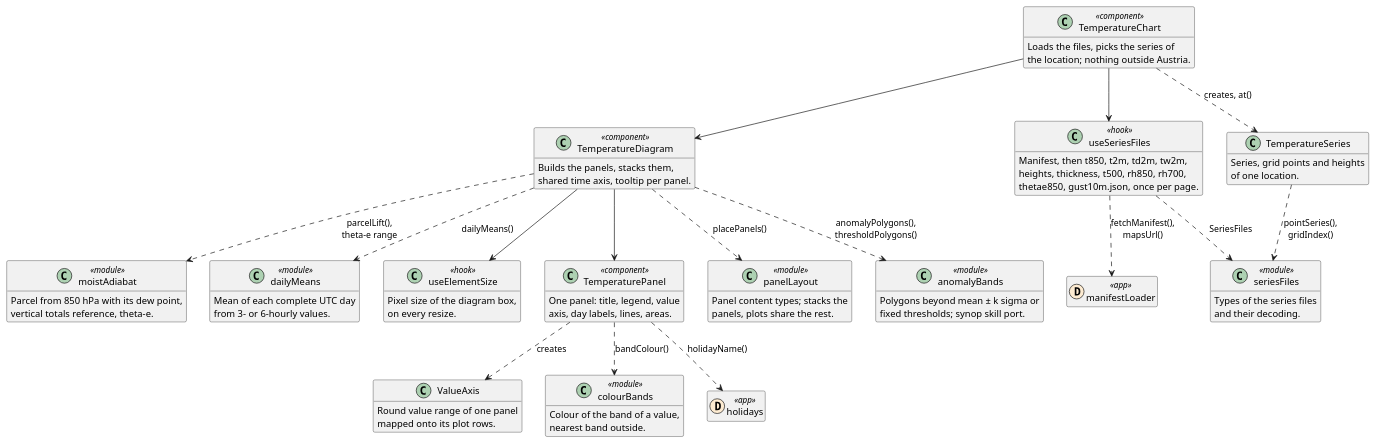
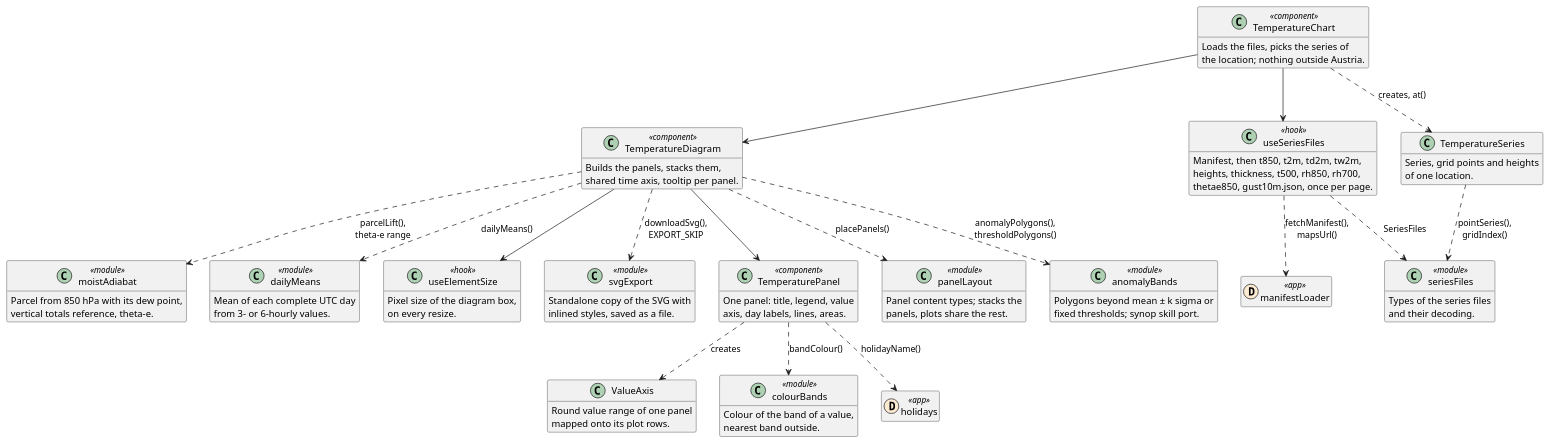
The second of 2 diagrams in REFERENCE.webapp.md (schletz/wetterkartenviewer), drawn with PlantUML before and after one commit. The commit also changed other lines of this file and 4 other files, not shown here.

Commit message:
Add an SVG download button to the temperature diagram

````diff
--- a/REFERENCE.webapp.md
+++ b/REFERENCE.webapp.md
@@ -168,75 +168,80 @@
 ```plantuml
 @startuml temperature
 hide empty members
 class TemperatureChart <<component>> {
  Loads the files, picks the series of
  the location; nothing outside Austria.
 }
 class TemperatureDiagram <<component>> {
  Builds the panels, stacks them,
  shared time axis, tooltip per panel.
 }
 class TemperaturePanel <<component>> {
  One panel: title, legend, value
  axis, day labels, lines, areas.
 }
 class useSeriesFiles <<hook>> {
  Manifest, then t850, t2m, td2m, tw2m,
  heights, thickness, t500, rh850, rh700,
  thetae850, gust10m.json, once per page.
 }
 class TemperatureSeries {
  Series, grid points and heights
  of one location.
 }
 class panelLayout <<module>> {
  Panel content types; stacks the
  panels, plots share the rest.
 }
 class ValueAxis {
  Round value range of one panel
  mapped onto its plot rows.
 }
 class anomalyBands <<module>> {
  Polygons beyond mean ± k sigma or
  fixed thresholds; synop skill port.
 }
 class moistAdiabat <<module>> {
  Parcel from 850 hPa with its dew point,
  vertical totals reference, theta-e.
 }
 class dailyMeans <<module>> {
  Mean of each complete UTC day
  from 3- or 6-hourly values.
 }
 class colourBands <<module>> {
  Colour of the band of a value,
  nearest band outside.
 }
 class seriesFiles <<module>> {
  Types of the series files
  and their decoding.
 }
 class useElementSize <<hook>> {
  Pixel size of the diagram box,
  on every resize.
 }
+class svgExport <<module>> {
+ Standalone copy of the SVG with
+ inlined styles, saved as a file.
+}
 class manifestLoader << (D,#fdebd1) app >>
 class holidays << (D,#fdebd1) app >>
 TemperatureChart --> useSeriesFiles
 TemperatureChart ..> TemperatureSeries : creates, at()
 TemperatureChart --> TemperatureDiagram
 useSeriesFiles ..> manifestLoader : fetchManifest(),\nmapsUrl()
 useSeriesFiles ..> seriesFiles : SeriesFiles
 TemperatureSeries ..> seriesFiles : pointSeries(),\ngridIndex()
 TemperatureDiagram ..> panelLayout : placePanels()
 TemperatureDiagram ..> anomalyBands : anomalyPolygons(),\nthresholdPolygons()
 TemperatureDiagram ..> moistAdiabat : parcelLift(),\ntheta-e range
 TemperatureDiagram ..> dailyMeans : dailyMeans()
 TemperatureDiagram --> TemperaturePanel
 TemperatureDiagram --> useElementSize
+TemperatureDiagram ..> svgExport : downloadSvg(),\nEXPORT_SKIP
 TemperaturePanel ..> ValueAxis : creates
 TemperaturePanel ..> holidays : holidayName()
 TemperaturePanel ..> colourBands : bandColour()
 @enduml
 ```
````
